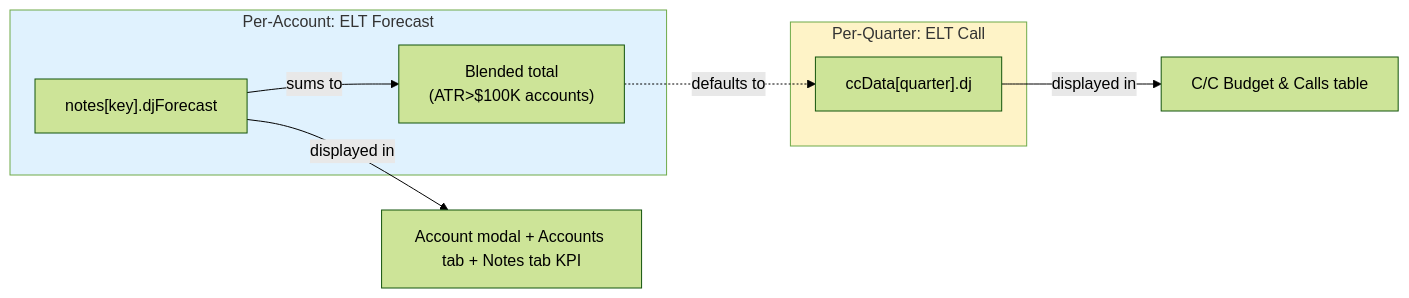
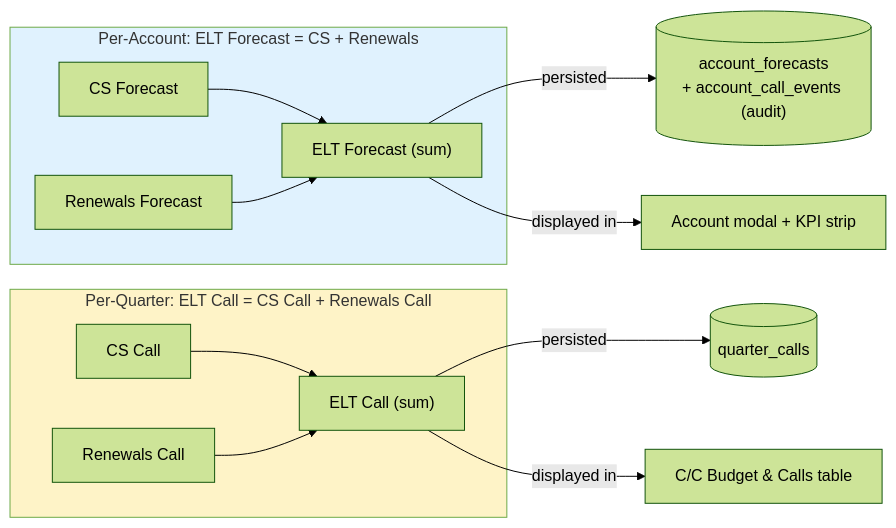
The fourth of 9 diagrams in CAPABILITIES.md (bryanrossello-collab/github_cx), drawn with Mermaid (forest theme) before and after one commit. The commit also changed other lines of this file and 10 other files, not shown here.

````diff
--- a/CAPABILITIES.md
+++ b/CAPABILITIES.md
@@ -375,18 +444,24 @@
 ```mermaid
 flowchart LR
-    subgraph PerAccount["Per-Account: ELT Forecast"]
-        Note["notes[key].djForecast"]
-        Note -->|sums to| Blended["Blended total<br/>(ATR>$100K accounts)"]
+    subgraph PerAccount["Per-Account: ELT Forecast = CS + Renewals"]
+        CSF["CS Forecast"]
+        RNF["Renewals Forecast"]
+        CSF --> ELTF["ELT Forecast (sum)"]
+        RNF --> ELTF
     end
 
-    subgraph PerQuarter["Per-Quarter: ELT Call"]
-        CC["ccData[quarter].dj"]
+    subgraph PerQuarter["Per-Quarter: ELT Call = CS Call + Renewals Call"]
+        CSC["CS Call"]
+        RNC["Renewals Call"]
+        CSC --> ELTC["ELT Call (sum)"]
+        RNC --> ELTC
     end
 
-    Blended -.->|defaults to| CC
-    CC -->|displayed in| QuarterUI["C/C Budget & Calls table"]
-    Note -->|displayed in| AccountUI["Account modal + Accounts tab + Notes tab KPI"]
+    ELTF -->|persisted| AF[("account_forecasts<br/>+ account_call_events (audit)")]
+    ELTC -->|persisted| QC[("quarter_calls")]
+    ELTF -->|displayed in| AccountUI["Account modal + KPI strip"]
+    ELTC -->|displayed in| QuarterUI["C/C Budget & Calls table"]
 
     style PerAccount fill:#e0f2fe
     style PerQuarter fill:#fef3c7
 ```
````
